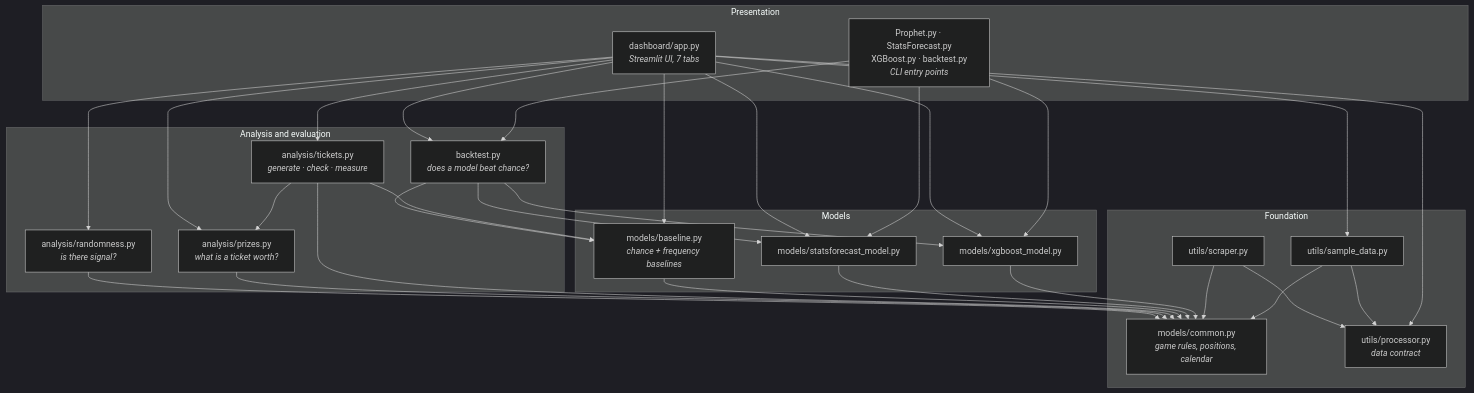
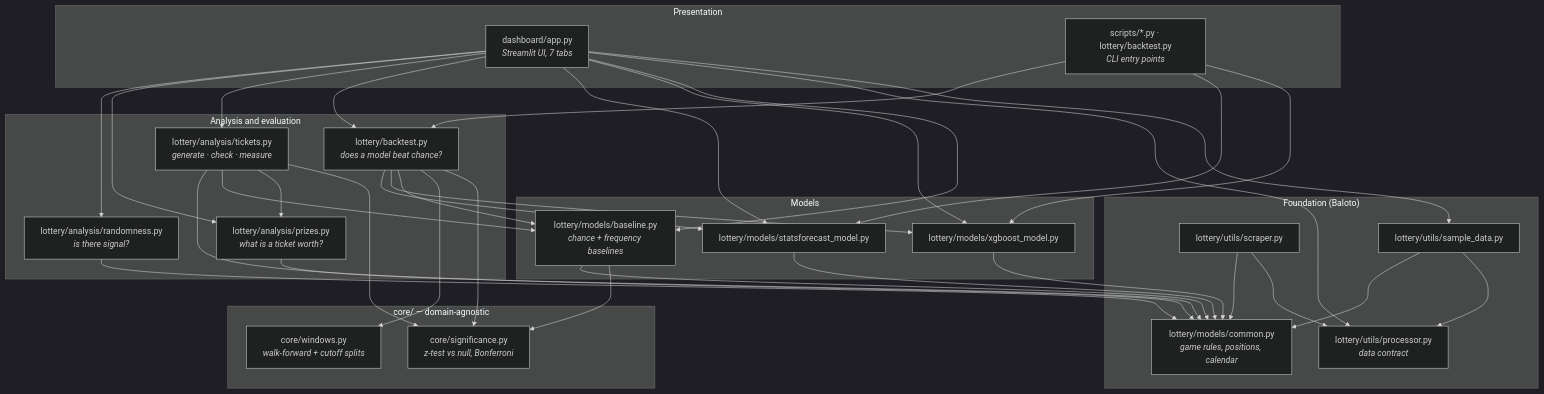
Before and after one commit to andresfelipe9619/prophet-playground: the first of 3 diagrams in docs/architecture.md, drawn with Mermaid (dark theme). The commit also changed other lines of this file and 48 other files, not shown here.

First line of the commit message:
Split the repo into core/ (domain-agnostic) and lottery/

````diff
--- a/docs/architecture.md
+++ b/docs/architecture.md
@@ -11,37 +18,44 @@
 ```mermaid
 flowchart TD
     subgraph L4["Presentation"]
         DASH["dashboard/app.py<br/><i>Streamlit UI, 7 tabs</i>"]
-        CLI["Prophet.py · StatsForecast.py<br/>XGBoost.py · backtest.py<br/><i>CLI entry points</i>"]
+        CLI["scripts/*.py · lottery/backtest.py<br/><i>CLI entry points</i>"]
     end
     subgraph L3["Analysis and evaluation"]
-        RAND["analysis/randomness.py<br/><i>is there signal?</i>"]
-        PRIZE["analysis/prizes.py<br/><i>what is a ticket worth?</i>"]
-        TICK["analysis/tickets.py<br/><i>generate · check · measure</i>"]
-        BT["backtest.py<br/><i>does a model beat chance?</i>"]
+        RAND["lottery/analysis/randomness.py<br/><i>is there signal?</i>"]
+        PRIZE["lottery/analysis/prizes.py<br/><i>what is a ticket worth?</i>"]
+        TICK["lottery/analysis/tickets.py<br/><i>generate · check · measure</i>"]
+        BT["lottery/backtest.py<br/><i>does a model beat chance?</i>"]
     end
     subgraph L2["Models"]
-        SF["models/statsforecast_model.py"]
-        XGB["models/xgboost_model.py"]
-        BASE["models/baseline.py<br/><i>chance + frequency baselines</i>"]
+        SF["lottery/models/statsforecast_model.py"]
+        XGB["lottery/models/xgboost_model.py"]
+        BASE["lottery/models/baseline.py<br/><i>chance + frequency baselines</i>"]
     end
-    subgraph L1["Foundation"]
-        COMMON["models/common.py<br/><i>game rules, positions, calendar</i>"]
-        PROC["utils/processor.py<br/><i>data contract</i>"]
-        SCRAPE["utils/scraper.py"]
-        SAMPLE["utils/sample_data.py"]
+    subgraph L1["Foundation (Baloto)"]
+        COMMON["lottery/models/common.py<br/><i>game rules, positions, calendar</i>"]
+        PROC["lottery/utils/processor.py<br/><i>data contract</i>"]
+        SCRAPE["lottery/utils/scraper.py"]
+        SAMPLE["lottery/utils/sample_data.py"]
+    end
+    subgraph L0["core/ — domain-agnostic"]
+        WIN["core/windows.py<br/><i>walk-forward + cutoff splits</i>"]
+        SIG["core/significance.py<br/><i>z-test vs null, Bonferroni</i>"]
     end
 
     DASH --> RAND & PRIZE & TICK & BT & SF & XGB & BASE
     CLI --> BT & SF & XGB
     BT --> SF & XGB & BASE
     RAND --> COMMON
     PRIZE --> COMMON
     TICK --> COMMON & BASE & PRIZE
     BASE --> COMMON
     SF --> COMMON
     XGB --> COMMON
     SCRAPE --> COMMON & PROC
     SAMPLE --> COMMON & PROC
+    BT --> WIN & SIG
+    BASE --> SIG
+    TICK --> SIG
     DASH --> PROC & SAMPLE
 ```
````
